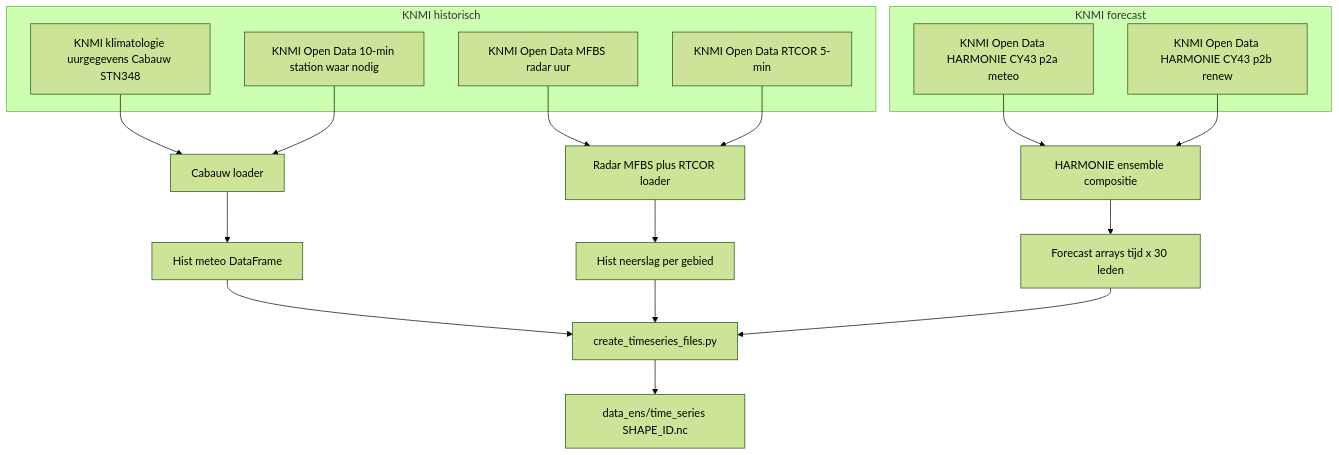
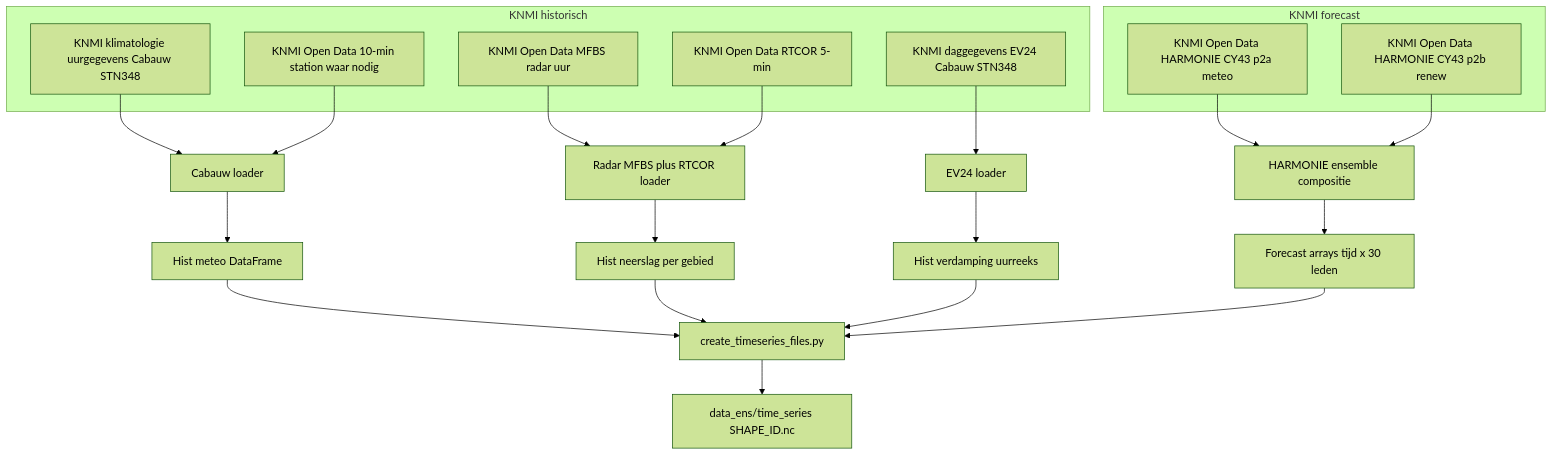
One commit to hdsr-mid/neural_hydrology changed the diagram in README.md. Above: the diagram before and after it, drawn with Mermaid (forest theme). The commit also changed other lines of this file, not shown here.

````diff
--- a/README.md
+++ b/README.md
@@ -360,31 +374,36 @@
 ```mermaid
 flowchart TD
   subgraph knmi_hist [KNMI historisch]
+    knmi_ev24[KNMI daggegevens EV24 Cabauw STN348]
     knmi_uur[KNMI klimatologie uurgegevens Cabauw STN348]
     knmi_10m[KNMI Open Data 10-min station waar nodig]
     knmi_mfbs[KNMI Open Data MFBS radar uur]
     knmi_rtcor[KNMI Open Data RTCOR 5-min]
   end
 
   subgraph knmi_fc [KNMI forecast]
     knmi_p2a[KNMI Open Data HARMONIE CY43 p2a meteo]
     knmi_p2b[KNMI Open Data HARMONIE CY43 p2b renew]
   end
 
   knmi_uur --> cabauw[Cabauw loader]
   knmi_10m --> cabauw
   cabauw --> histMeteo[Hist meteo DataFrame]
 
+  knmi_ev24 --> ev24[EV24 loader]
+  ev24 --> histVerdamping[Hist verdamping uurreeks]
+
   knmi_mfbs --> radar[Radar MFBS plus RTCOR loader]
   knmi_rtcor --> radar
   radar --> histPrec[Hist neerslag per gebied]
 
   knmi_p2a --> harmonie[HARMONIE ensemble compositie]
   knmi_p2b --> harmonie
   harmonie --> fcEns[Forecast arrays tijd x 30 leden]
 
   histMeteo --> orchestrator["create_timeseries_files.py"]
   histPrec --> orchestrator
+  histVerdamping --> orchestrator
   fcEns --> orchestrator
   orchestrator --> basinNc["data_ens/time_series SHAPE_ID.nc"]
 ```
````
